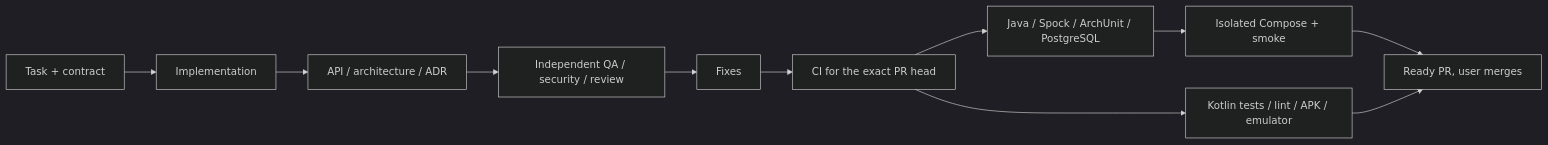
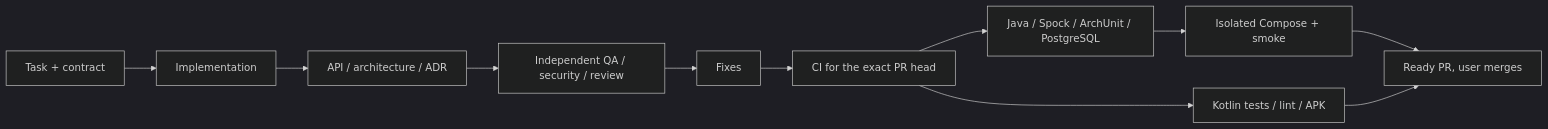
Before and after one commit to aarbabaev/ArMoney: diagram 17 of 18 in ARCHITECTURE.md, drawn with Mermaid (dark theme). The commit also changed other lines of this file and 7 other files, not shown here.

````diff
--- a/ARCHITECTURE.md
+++ b/ARCHITECTURE.md
@@ -656,13 +656,13 @@
 ```mermaid
 flowchart LR
     T["Task + contract"] --> DEV["Implementation"]
     DEV --> DOC["API / architecture / ADR"]
     DOC --> REV["Independent QA / security / review"]
     REV --> FIX["Fixes"]
     FIX --> CI["CI for the exact PR head"]
     CI --> TEST["Java / Spock / ArchUnit / PostgreSQL"]
     TEST --> SMOKE["Isolated Compose + smoke"]
     SMOKE --> READY["Ready PR, user merges"]
-    CI --> ANDROID["Kotlin tests / lint / APK / emulator"]
+    CI --> ANDROID["Kotlin tests / lint / APK"]
     ANDROID --> READY
 ```
````
